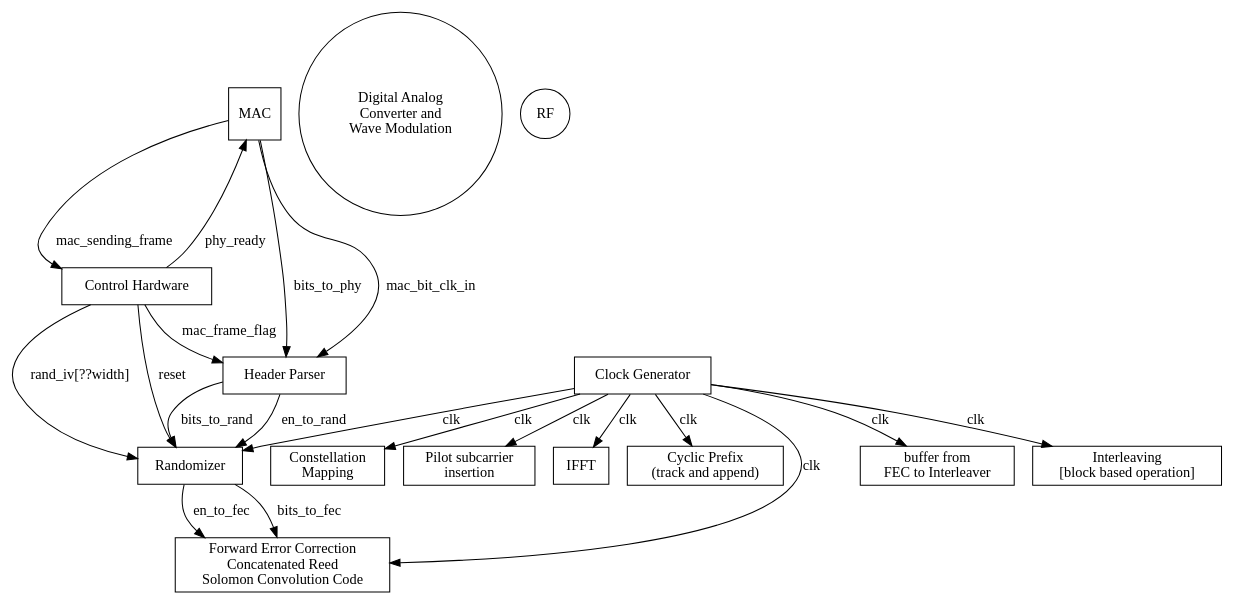
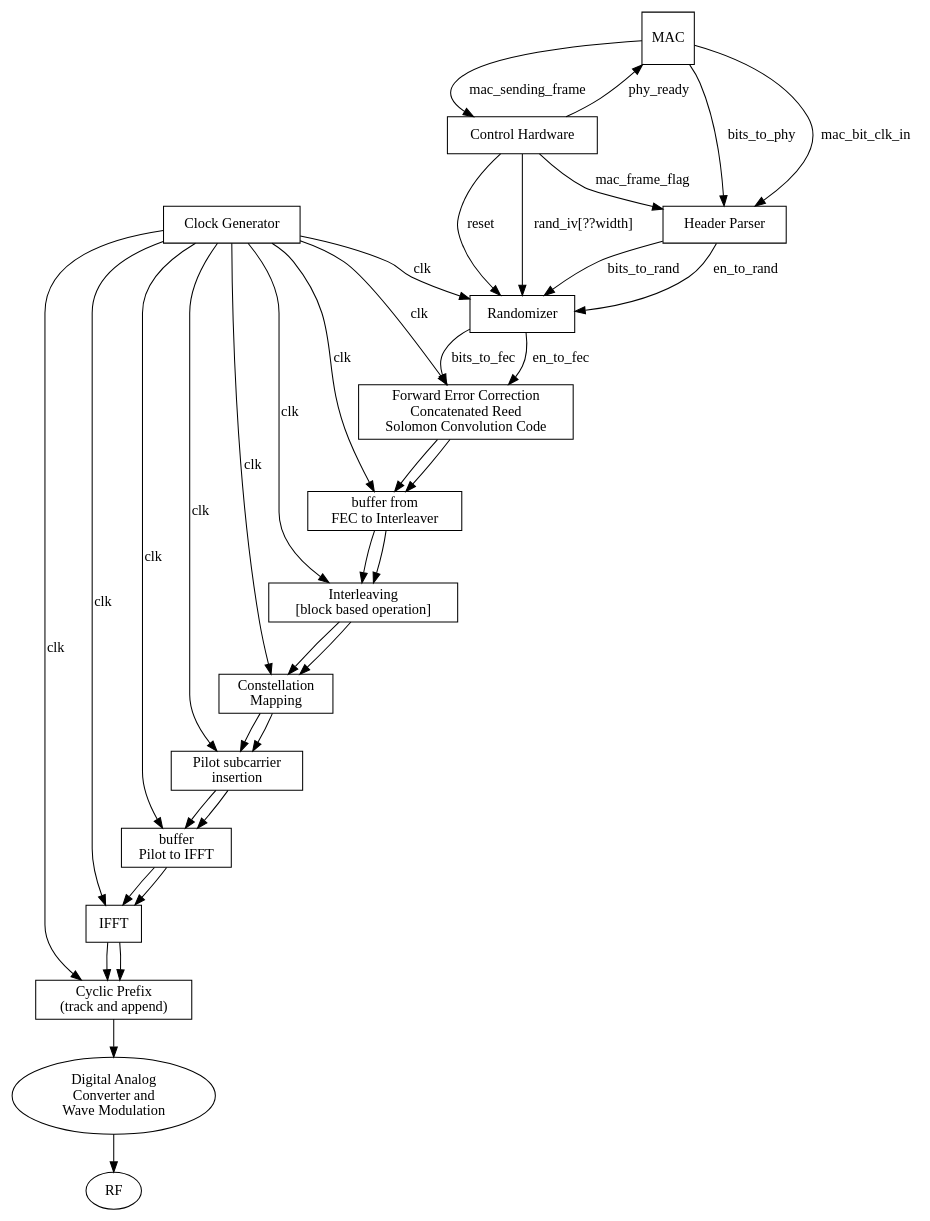
One commit to codyps/wimax_ofdm changed the diagram in transmiter.dot. Above: the diagram before and after it, drawn with Graphviz.

Commit message:
more examples as to why graphiz won't do it for us :(

```diff
--- a/transmiter.dot
+++ b/transmiter.dot
@@ -1,52 +1,76 @@
 digraph transmitter {
 	//	page="8.5,11"
 	//	rankdir=LR
 
 	node [shape=box]
 
 	mac [label="MAC", shape=square]
 	clk [label="Clock Generator"]
 	ctrl [label="Control Hardware"]
 	head [label="Header Parser"]
 	rand [label="Randomizer"]
 	fec  [label="Forward Error Correction\nConcatenated Reed\nSolomon Convolution Code"]
 	buf_fec_inter [label="buffer from\nFEC to Interleaver"]
 	interleaver [label="Interleaving\n[block based operation]"]
 	const_map [label="Constellation\nMapping"]
 	pilot_ins [label="Pilot subcarrier\ninsertion"]
+	buf_pilot_ifft [label="buffer\nPilot to IFFT"]
 	ifft [label="IFFT"]
 	cp [label="Cyclic Prefix\n(track and append)"]
 	
-	dac [label="Digital Analog\nConverter and\nWave Modulation", shape=circle]
-	rf [label="RF", shape=circle]
+	dac [label="Digital Analog\nConverter and\nWave Modulation", shape=oval]
+	rf [label="RF", shape=oval]
 
 
 
 	clk -> rand [label="clk"]
 	clk -> fec [label="clk"]
 	clk -> buf_fec_inter [label="clk"]
 	clk -> interleaver [label="clk"]
 	clk -> const_map [label="clk"]
 	clk -> pilot_ins [label="clk"]
+	clk -> buf_pilot_ifft [label="clk"]
 	clk -> ifft [label="clk"]
 	clk -> cp [label="clk"]
 
 
 	mac -> head [label="bits_to_phy"]
 	mac -> head [label="mac_bit_clk_in"]
 	mac -> ctrl [label="mac_sending_frame"]
 	
 	ctrl -> mac [label="phy_ready"]
 	ctrl -> head [label="mac_frame_flag"]
 	ctrl -> rand [label="reset"]
 	ctrl -> rand [label="rand_iv[??width]"]
 
 	head -> rand [label="bits_to_rand"]
 	head -> rand [label="en_to_rand"]
 
 	rand -> fec  [label="bits_to_fec"]
 	rand -> fec  [label="en_to_fec"]
 
+	fec -> buf_fec_inter
+	fec -> buf_fec_inter
 
+	buf_fec_inter -> interleaver
+	buf_fec_inter -> interleaver
+
+	interleaver -> const_map
+	interleaver -> const_map
+
+	const_map -> pilot_ins
+	const_map -> pilot_ins
+
+	pilot_ins -> buf_pilot_ifft
+	pilot_ins -> buf_pilot_ifft
+
+	buf_pilot_ifft -> ifft
+	buf_pilot_ifft -> ifft
+
+	ifft -> cp
+	ifft -> cp
+
+	cp -> dac
+	dac -> rf
 
 }
```
